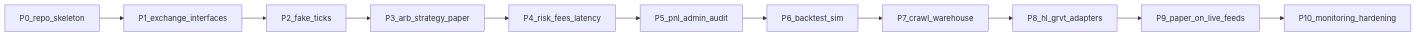
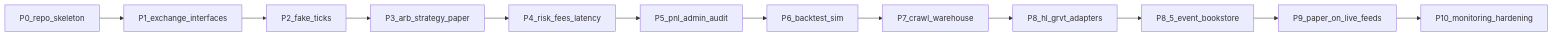
The diagram in spec/roadmap.md (nguyenducthinhdl/hhld), drawn with Mermaid before and after one commit. The commit also changed other lines of this file and 34 other files, not shown here.

````diff
--- a/spec/roadmap.md
+++ b/spec/roadmap.md
@@ -7,13 +7,14 @@
 ```mermaid
 flowchart LR
   P0[P0_repo_skeleton] --> P1[P1_exchange_interfaces]
   P1 --> P2[P2_fake_ticks]
   P2 --> P3[P3_arb_strategy_paper]
   P3 --> P4[P4_risk_fees_latency]
   P4 --> P5[P5_pnl_admin_audit]
   P5 --> P6[P6_backtest_sim]
   P6 --> P7[P7_crawl_warehouse]
   P7 --> P8[P8_hl_grvt_adapters]
-  P8 --> P9[P9_paper_on_live_feeds]
+  P8 --> P85[P8_5_event_bookstore]
+  P85 --> P9[P9_paper_on_live_feeds]
   P9 --> P10[P10_monitoring_hardening]
 ```
````
